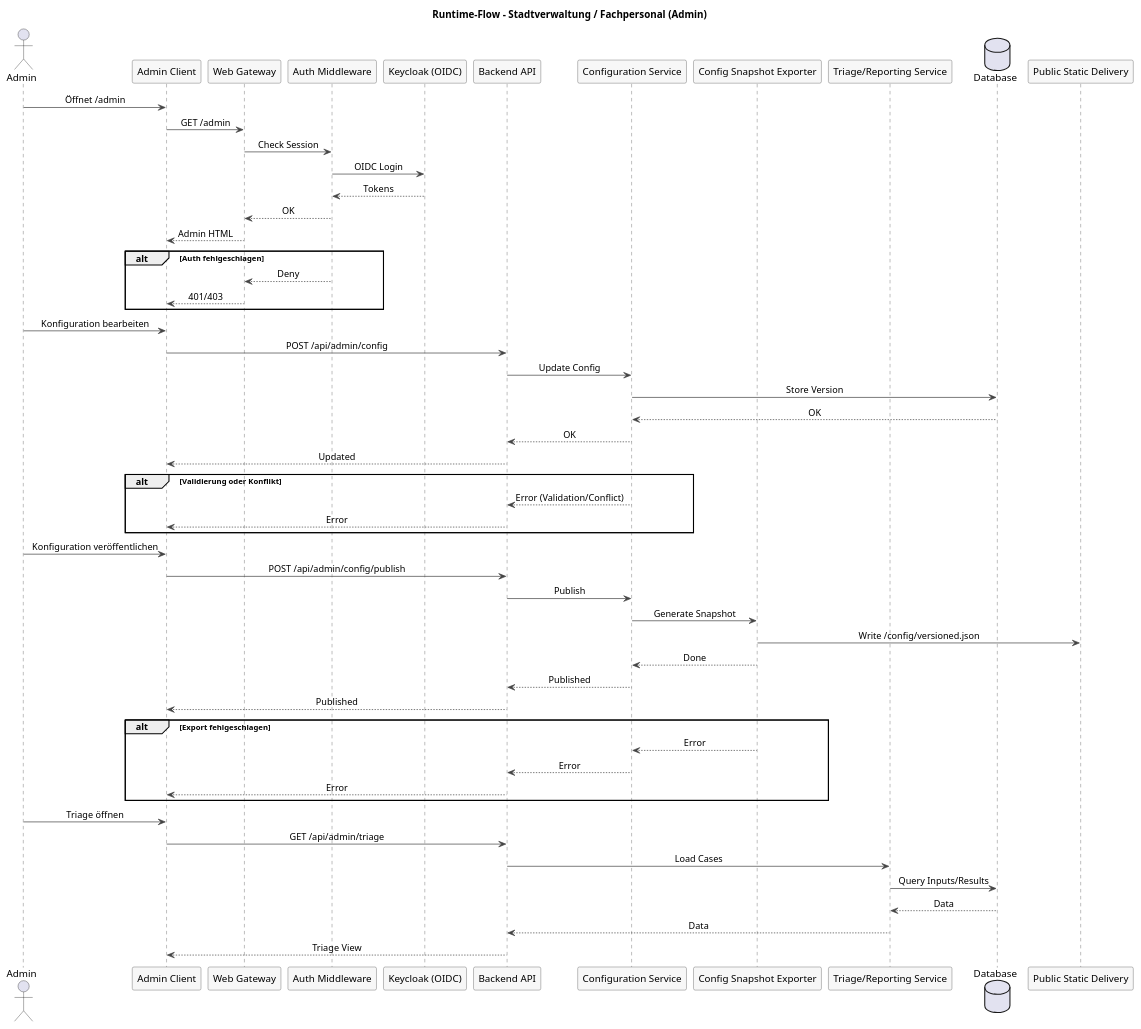
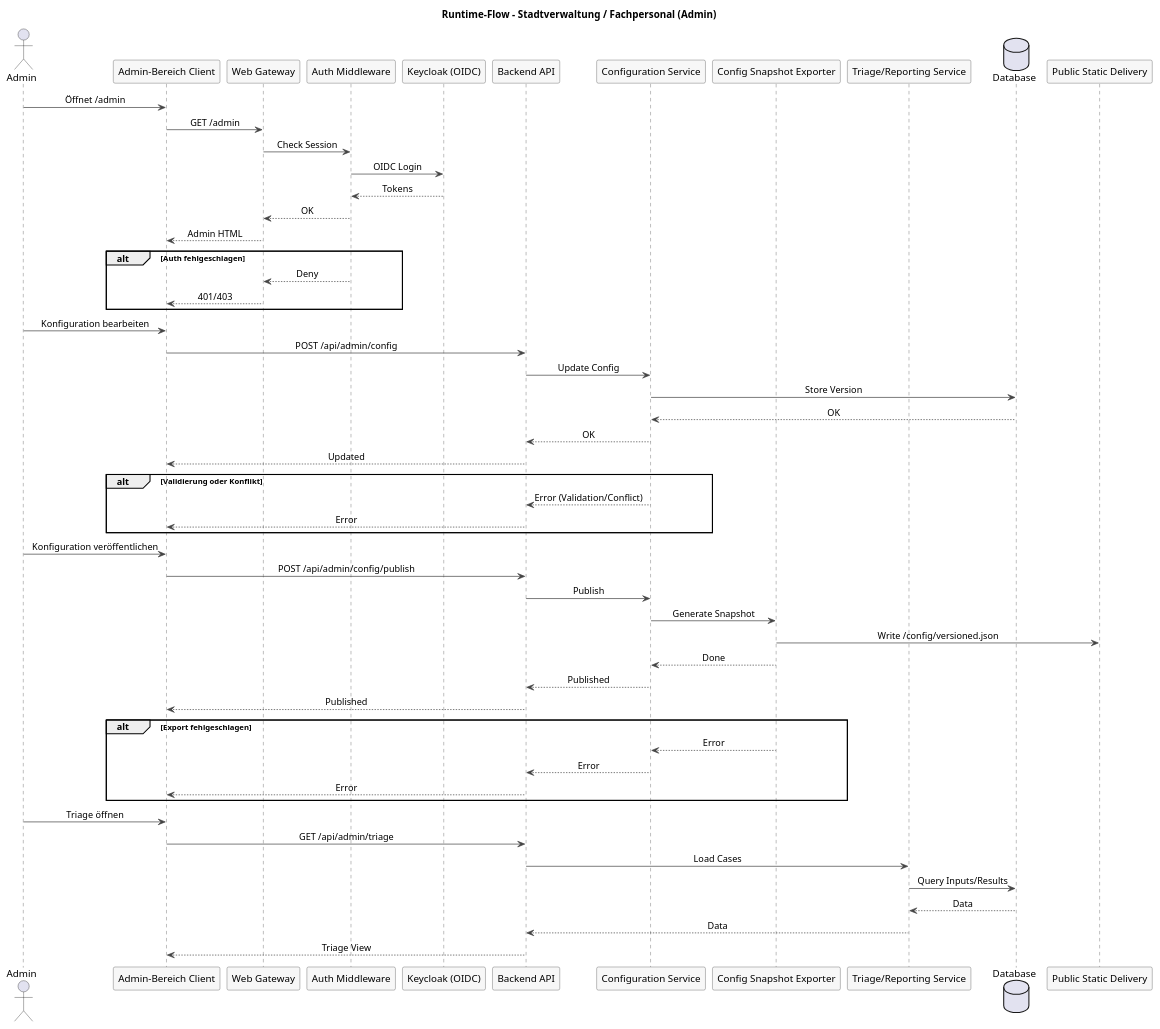
The diagram in docs/architecture/raw/runtime-flow-admin.puml (csi-FOXBYTE/Regensburg_DigitalerEnergieZwilling_Backend), drawn with PlantUML before and after one commit. The commit also changed 24 other files, not shown here.

```diff
--- a/docs/architecture/raw/runtime-flow-admin.puml
+++ b/docs/architecture/raw/runtime-flow-admin.puml
@@ -1,76 +1,76 @@
 @startuml
 skinparam sequenceMessageAlign center
 skinparam responseMessageBelowArrow true
 skinparam sequence {
   ParticipantBorderColor #444444
   ParticipantBackgroundColor #F7F7F7
   LifeLineBorderColor #444444
   ArrowColor #444444
   NoteBorderColor #444444
   NoteBackgroundColor #F7F7F7
 }
 
 title Runtime-Flow - Stadtverwaltung / Fachpersonal (Admin)
 
 actor Admin as admin
-participant "Admin Client" as client
+participant "Admin-Bereich Client" as client
 participant "Web Gateway" as gateway
 participant "Auth Middleware" as auth
 participant "Keycloak (OIDC)" as keycloak
 participant "Backend API" as api
 participant "Configuration Service" as config
 participant "Config Snapshot Exporter" as export
 participant "Triage/Reporting Service" as triage
 database "Database" as db
 participant "Public Static Delivery" as public_static
 
 admin -> client: Öffnet /admin
 client -> gateway: GET /admin
 gateway -> auth: Check Session
 auth -> keycloak: OIDC Login
 keycloak --> auth: Tokens
 auth --> gateway: OK
 gateway --> client: Admin HTML
 
 alt Auth fehlgeschlagen
   auth --> gateway: Deny
   gateway --> client: 401/403
 end
 
 admin -> client: Konfiguration bearbeiten
 client -> api: POST /api/admin/config
 api -> config: Update Config
 config -> db: Store Version
 db --> config: OK
 config --> api: OK
 api --> client: Updated
 
 alt Validierung oder Konflikt
   config --> api: Error (Validation/Conflict)
   api --> client: Error
 end
 
 admin -> client: Konfiguration veröffentlichen
 client -> api: POST /api/admin/config/publish
 api -> config: Publish
 config -> export: Generate Snapshot
 export -> public_static: Write /config/versioned.json
 export --> config: Done
 config --> api: Published
 api --> client: Published
 
 alt Export fehlgeschlagen
   export --> config: Error
   config --> api: Error
   api --> client: Error
 end
 
 admin -> client: Triage öffnen
 client -> api: GET /api/admin/triage
 api -> triage: Load Cases
 triage -> db: Query Inputs/Results
 db --> triage: Data
 triage --> api: Data
 api --> client: Triage View
 
 @enduml
```
